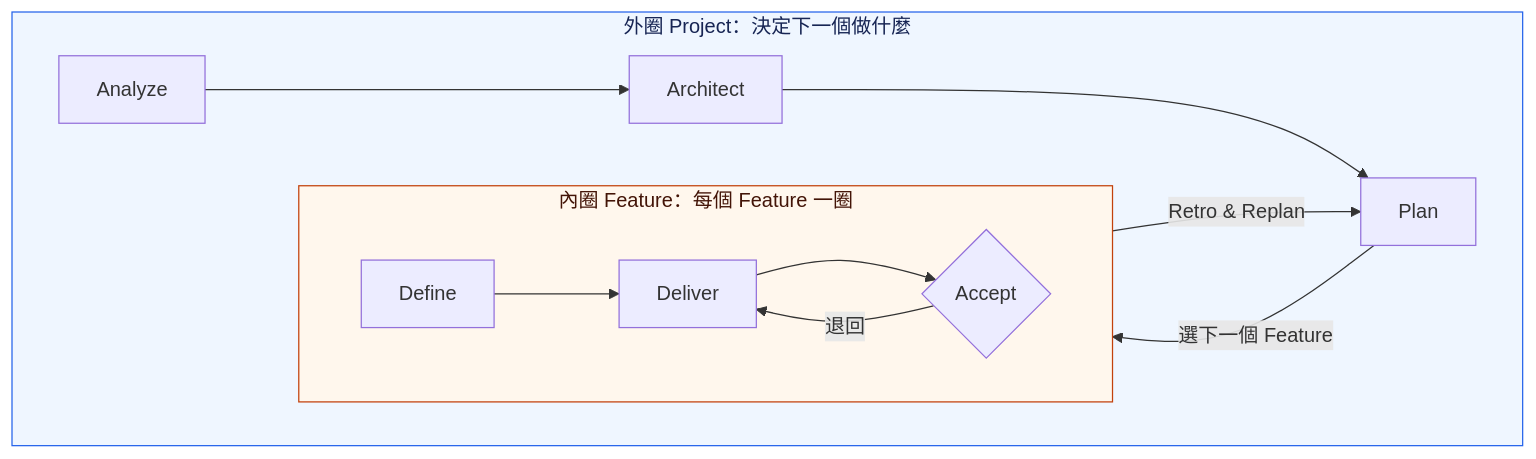
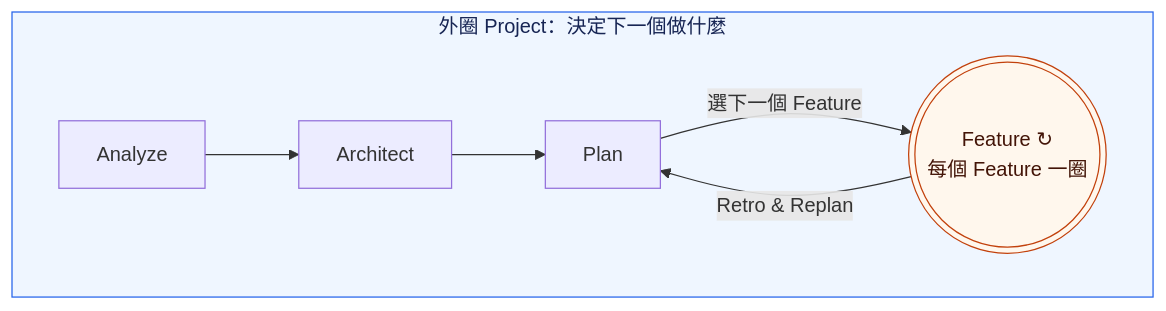
Before and after one commit to ellis429/loop-engineering: the first of 3 diagrams in docs/guide/user-guide.md, drawn with Mermaid. The commit also changed other lines of this file, not shown here.

Commit message:
docs: show the feature loop as one node in the first-glance diagram

````diff
--- a/docs/guide/user-guide.md
+++ b/docs/guide/user-guide.md
@@ -11,16 +11,11 @@
 ```mermaid
 flowchart LR
   subgraph Project["外圈 Project：決定下一個做什麼"]
     direction LR
     A1["Analyze"] --> A2["Architect"] --> A3["Plan"]
-    subgraph Feature["內圈 Feature：每個 Feature 一圈"]
-      direction LR
-      F1["Define"] --> F2["Deliver"] --> F3{"Accept"}
-      F3 -->|退回| F2
-    end
-    A3 -->|選下一個 Feature| F1
-    F3 -->|Retro & Replan| A3
+    A3 -->|選下一個 Feature| F((("Feature ↻<br/>每個 Feature 一圈")))
+    F -->|Retro & Replan| A3
   end
   style Project fill:#eff6ff,stroke:#2563eb,color:#172554
-  style Feature fill:#fff7ed,stroke:#c2410c,color:#431407
+  style F fill:#fff7ed,stroke:#c2410c,color:#431407
 ```
````
